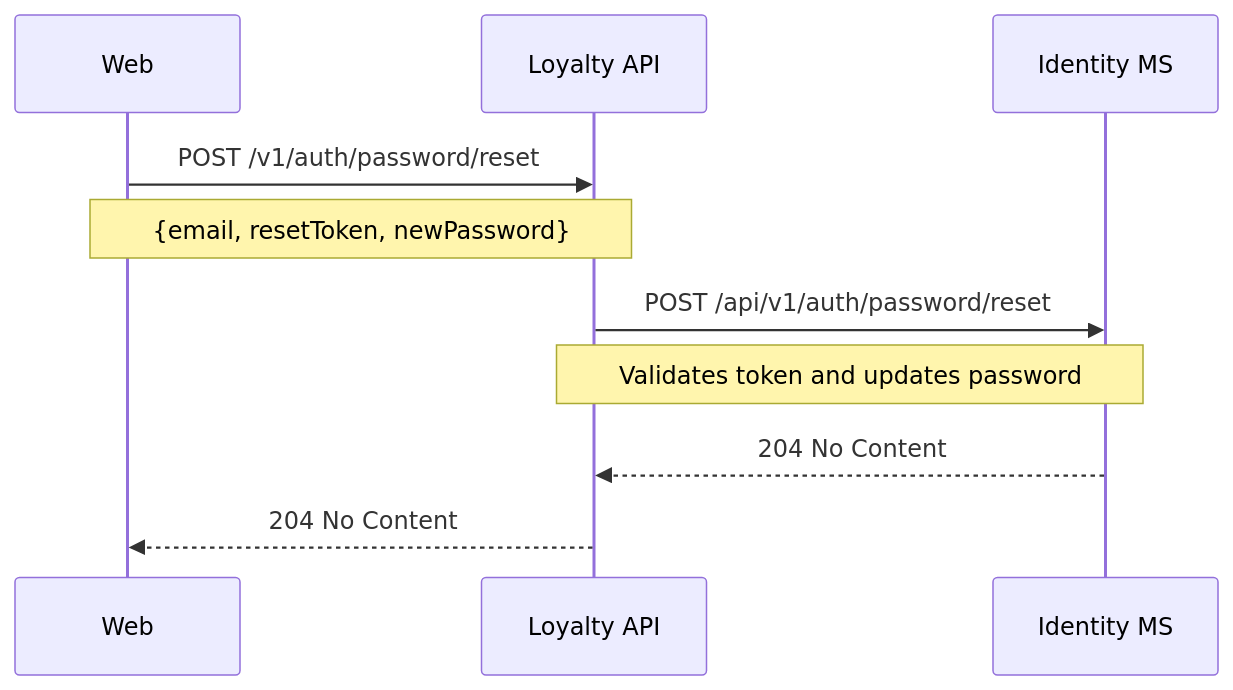
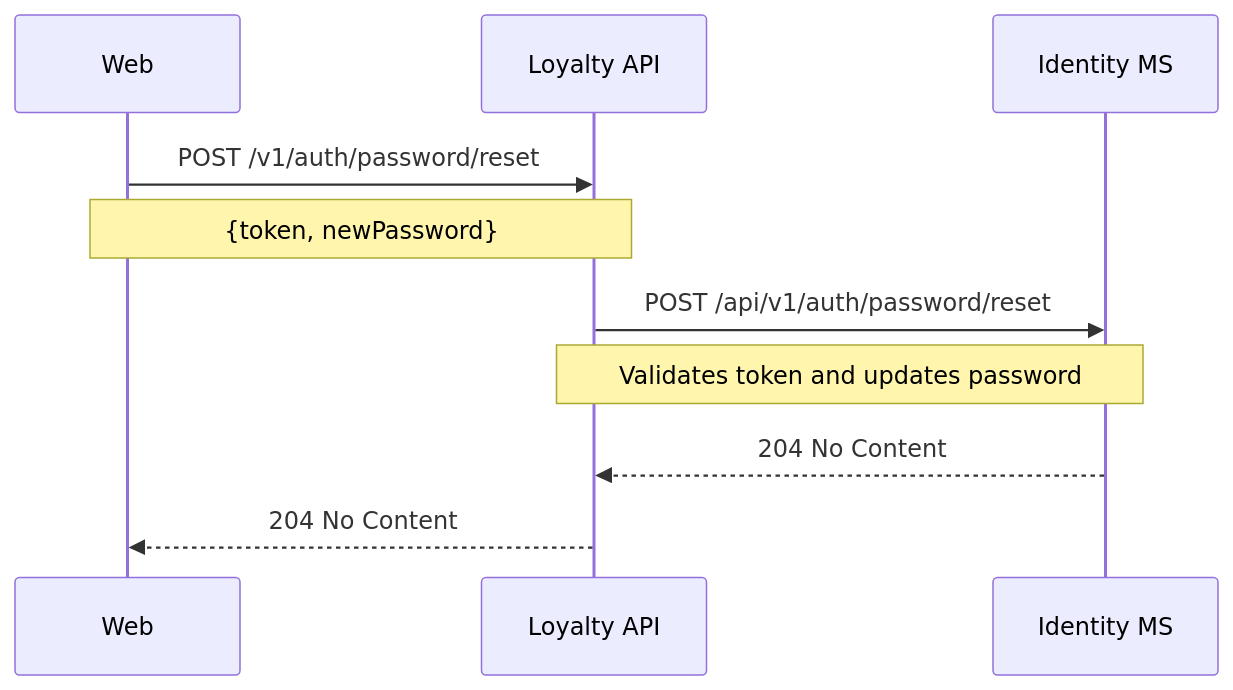
The fifth of 9 diagrams in documentation/sequences/identity.md (sebharvey/airline-reservation-system), drawn with Mermaid before and after one commit. The commit also changed other lines of this file and 11 other files, not shown here.

````diff
--- a/documentation/sequences/identity.md
+++ b/documentation/sequences/identity.md
@@ -72,13 +93,13 @@
 ```mermaid
 sequenceDiagram
     participant Web
     participant LoyaltyAPI as Loyalty API
     participant IdentityMS as Identity MS
 
     Web->>LoyaltyAPI: POST /v1/auth/password/reset
-    Note over Web,LoyaltyAPI: {email, resetToken, newPassword}
+    Note over Web,LoyaltyAPI: {token, newPassword}
     LoyaltyAPI->>IdentityMS: POST /api/v1/auth/password/reset
     Note over LoyaltyAPI,IdentityMS: Validates token and updates password
     IdentityMS-->>LoyaltyAPI: 204 No Content
     LoyaltyAPI-->>Web: 204 No Content
 ```
````
